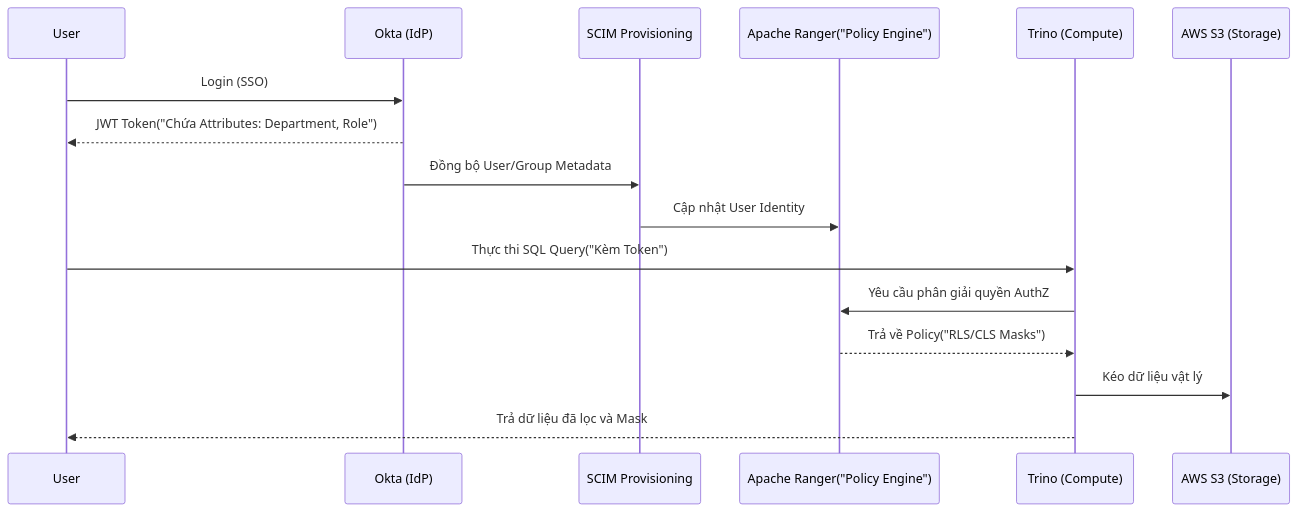
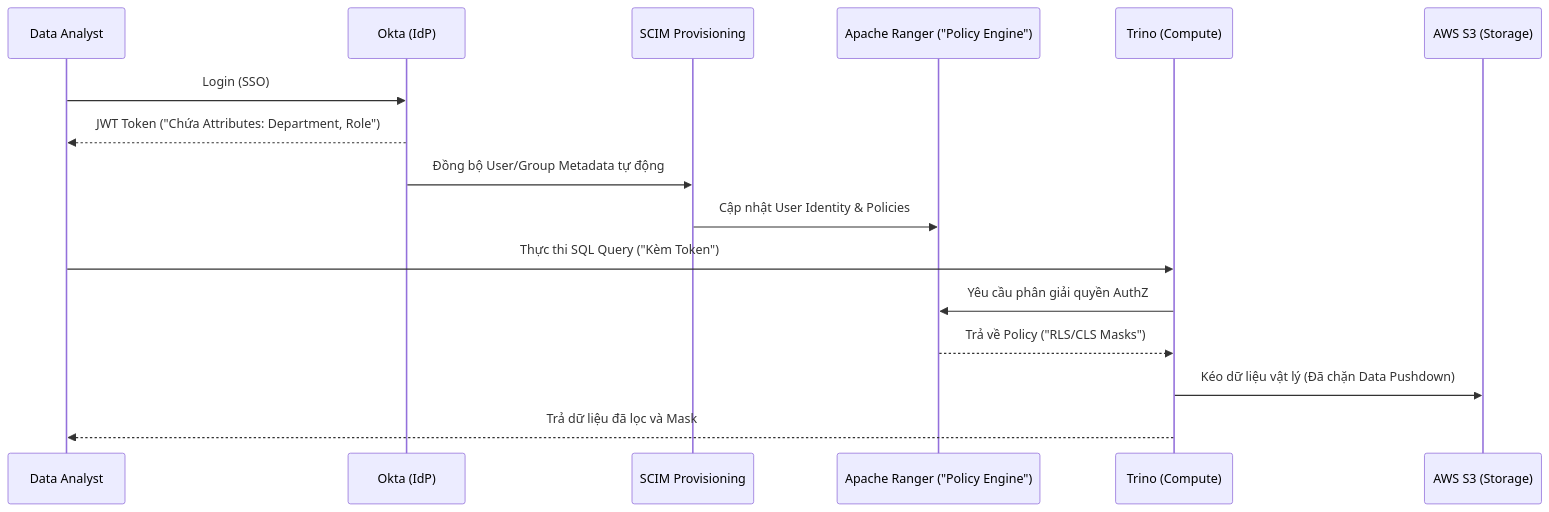
The diagram in src/content/docs/concepts/8-security-governance-finops/access-control.md (kythuatdulieu/kythuatdulieu.github.io), drawn with Mermaid before and after one commit. The commit also changed other lines of this file and 213 other files, not shown here.

Commit message:
Fix syntax and rewrite 200+ concepts docs to deep-dive system architecture and add GA4 tracking to quiz app

````diff
--- a/src/content/docs/concepts/8-security-governance-finops/access-control.md
+++ b/src/content/docs/concepts/8-security-governance-finops/access-control.md
@@ -123,19 +142,19 @@
 ```mermaid
 sequenceDiagram
-    participant User
+    participant User as Data Analyst
     participant Okta as Okta (IdP)
     participant SCIM as SCIM Provisioning
-    participant Ranger as Apache Ranger("Policy Engine")
+    participant Ranger as Apache Ranger ("Policy Engine")
     participant Trino as Trino (Compute)
     participant S3 as AWS S3 (Storage)
 
     User->>Okta: Login (SSO)
-    Okta-->>User: JWT Token("Chứa Attributes: Department, Role")
-    Okta->>SCIM: Đồng bộ User/Group Metadata
-    SCIM->>Ranger: Cập nhật User Identity
-    User->>Trino: Thực thi SQL Query("Kèm Token")
+    Okta-->>User: JWT Token ("Chứa Attributes: Department, Role")
+    Okta->>SCIM: Đồng bộ User/Group Metadata tự động
+    SCIM->>Ranger: Cập nhật User Identity & Policies
+    User->>Trino: Thực thi SQL Query ("Kèm Token")
     Trino->>Ranger: Yêu cầu phân giải quyền AuthZ
-    Ranger-->>Trino: Trả về Policy("RLS/CLS Masks")
-    Trino->>S3: Kéo dữ liệu vật lý
+    Ranger-->>Trino: Trả về Policy ("RLS/CLS Masks")
+    Trino->>S3: Kéo dữ liệu vật lý (Đã chặn Data Pushdown)
     Trino-->>User: Trả dữ liệu đã lọc và Mask
 ```
````
